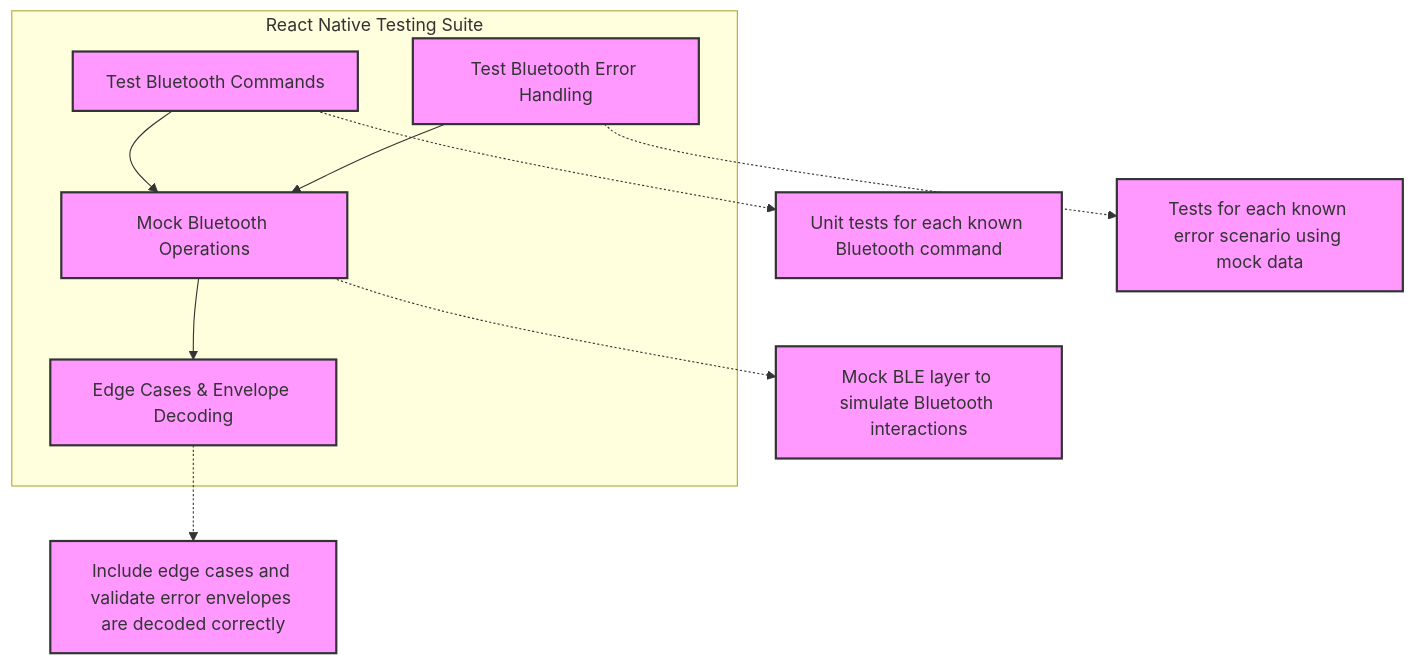
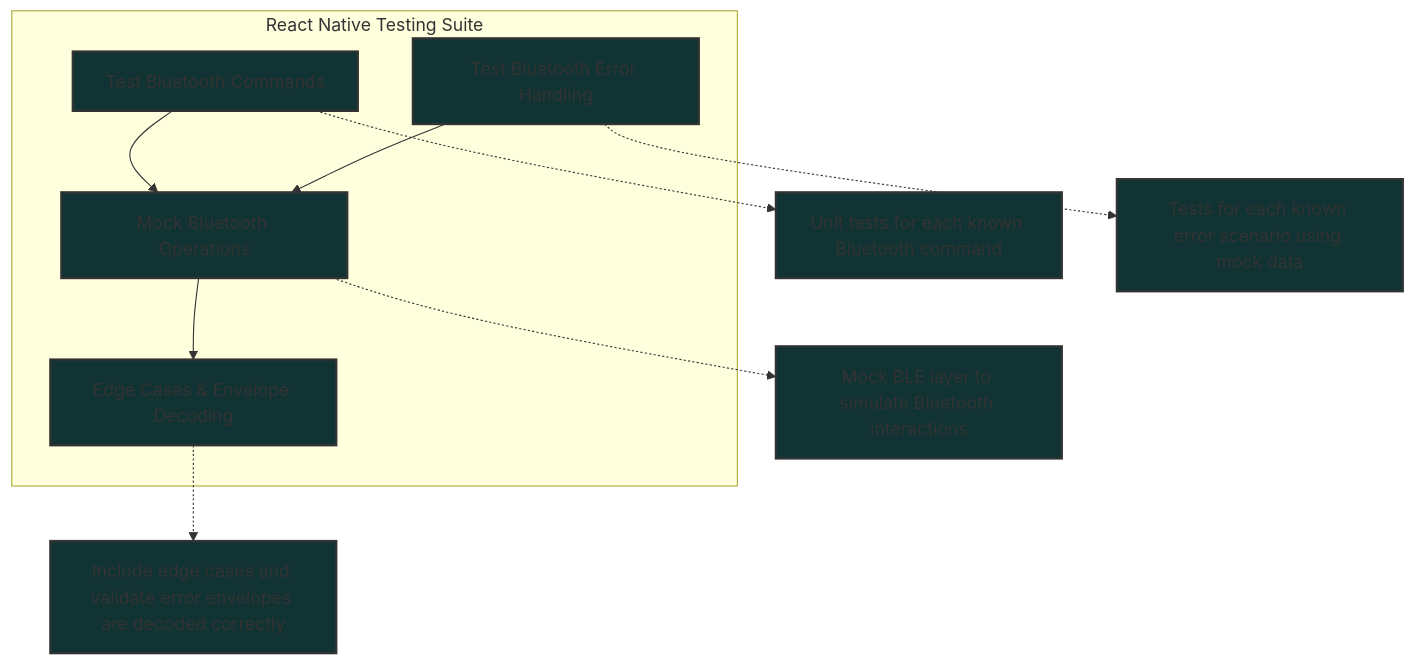
The diagram in systems-design/testing-suite.mmd (AatozInnoInc/bt-led-controller), drawn with Mermaid before and after one commit. The commit also changed 6 other files, not shown here.

Commit message:
Charts more readable, oalthough not consistent

```diff
--- a/systems-design/testing-suite.mmd
+++ b/systems-design/testing-suite.mmd
@@ -1,25 +1,25 @@
 %%{config: { "theme": null, "themeCSS": "./theme.mmd" }}%%
 
 graph TD
     subgraph React Native Testing Suite
         T1[Test Bluetooth Commands]
         T2[Test Bluetooth Error Handling]
         T3[Mock Bluetooth Operations]
         T4[Edge Cases & Envelope Decoding]
     end
     
     T1 --> T3
     T2 --> T3
     T3 --> T4
     
     N1["Unit tests for each known Bluetooth command"]
     N2["Tests for each known error scenario using mock data"]
     N3["Mock BLE layer to simulate Bluetooth interactions"]
     N4["Include edge cases and validate error envelopes are decoded correctly"]
     
     T1 -.-> N1
     T2 -.-> N2
     T3 -.-> N3
     T4 -.-> N4
 
-    classDef default fill:#f9f,stroke:#333,stroke-width:2px;
+    classDef default fill:#133,stroke:#333,stroke-width:2px;
```
